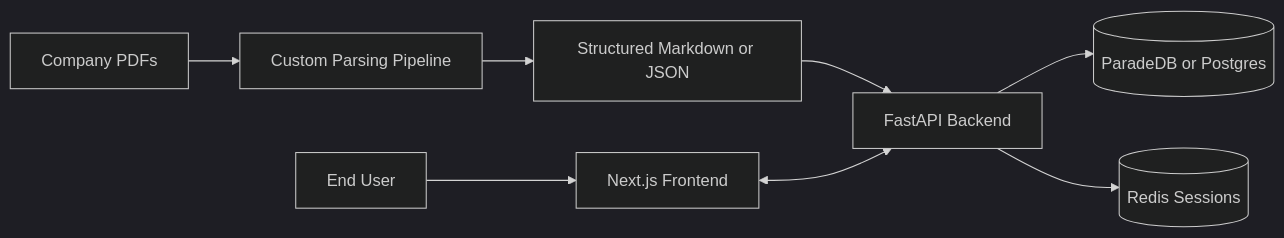
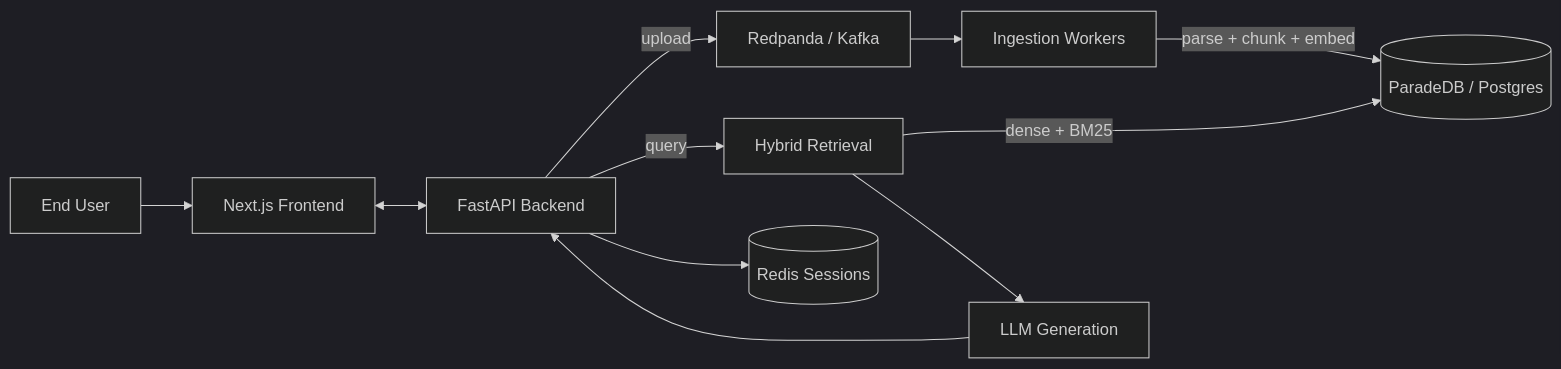
One commit to bhanuprasanna2001/AIlways changed the diagram in README.md. Above: the diagram before and after it, drawn with Mermaid (dark theme). The commit also changed other lines of this file and 55 other files, not shown here.

````diff
--- a/README.md
+++ b/README.md
@@ -36,10 +41,13 @@
 ```mermaid
 flowchart LR
-    A[Company PDFs] --> B[Custom Parsing Pipeline]
-    B --> C[Structured Markdown or JSON]
-    C --> D[FastAPI Backend]
-    D --> E[(ParadeDB or Postgres)]
+    H[End User] --> G[Next.js Frontend]
+    G <--> D[FastAPI Backend]
+    D -->|upload| K[Redpanda / Kafka]
+    K --> W[Ingestion Workers]
+    W -->|parse + chunk + embed| E[(ParadeDB / Postgres)]
+    D -->|query| R[Hybrid Retrieval]
+    R -->|dense + BM25| E
+    R --> L[LLM Generation]
+    L --> D
     D --> F[(Redis Sessions)]
-    G[Next.js Frontend] <--> D
-    H[End User] --> G
 ```
````
